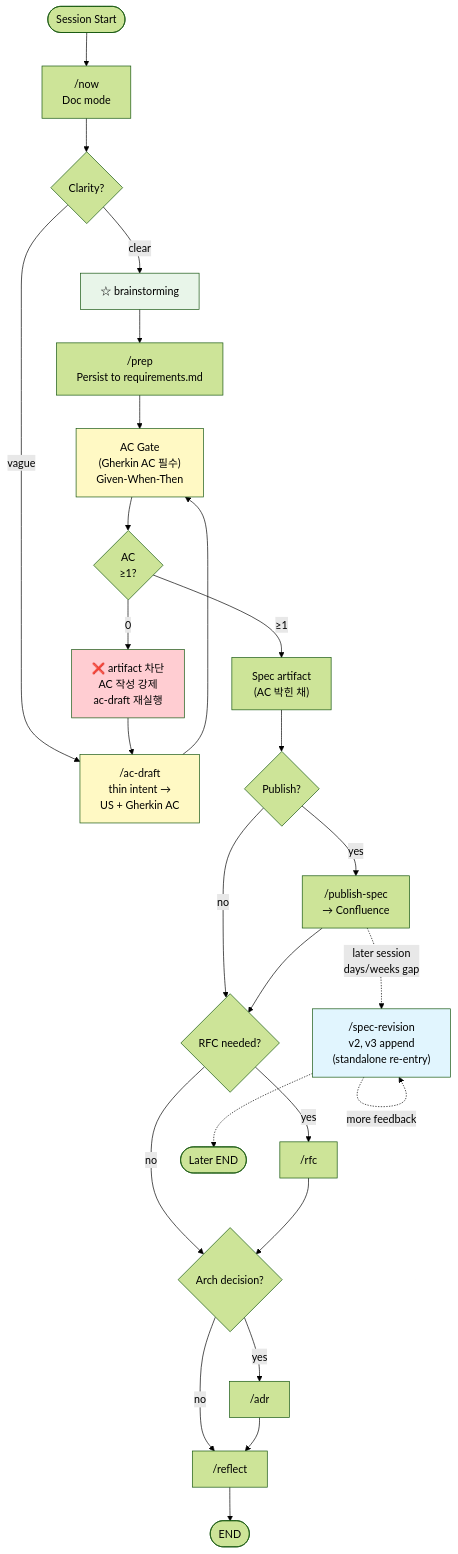
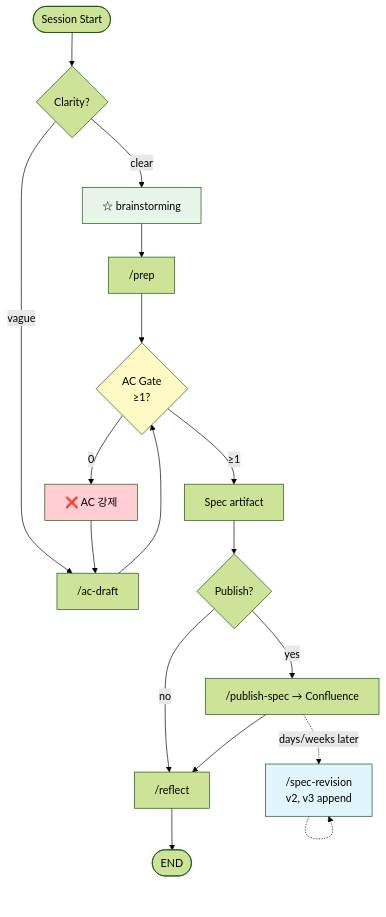
The second of 2 diagrams in README.md (narashin/nara-kit), drawn with Mermaid (forest theme) before and after one commit. The commit also changed other lines of this file, not shown here.

Commit message:
docs(readme): converge to 304 lines, fix skill count, reflect 6-step spine

````diff
--- a/README.md
+++ b/README.md
@@ -308,35 +174,24 @@
 ```mermaid
 flowchart TD
-    START([Session Start]) --> NOW["/now<br>Doc mode"]
-    NOW --> CLARITY{Clarity?}
+    START([Session Start]) --> CLARITY{Clarity?}
     CLARITY -->|clear| BRAIN["☆ brainstorming"]
-    CLARITY -->|vague| AC_DRAFT["/ac-draft<br>thin intent →<br>US + Gherkin AC"]
-    BRAIN --> PREP1["/prep<br>Persist to requirements.md"]
-    AC_DRAFT --> AC_GATE["AC Gate<br>(Gherkin AC 필수)<br>Given-When-Then"]
-    PREP1 --> AC_GATE
-    AC_GATE --> AC_OK{AC<br>≥1?}
-    AC_OK -->|"0"| AC_BLOCK["❌ artifact 차단<br>AC 작성 강제<br>ac-draft 재실행"]
-    AC_BLOCK --> AC_DRAFT
-    AC_OK -->|"≥1"| SPEC["Spec artifact<br>(AC 박힌 채)"]
+    CLARITY -->|vague| AC["/ac-draft"]
+    BRAIN --> PREP["/prep"]
+    AC --> ACGATE
+    PREP --> ACGATE{AC Gate<br>≥1?}
+    ACGATE -->|0| ACBLOCK["❌ AC 강제"]
+    ACBLOCK --> AC
+    ACGATE -->|≥1| SPEC["Spec artifact"]
     SPEC --> PUB{Publish?}
-    PUB -->|yes| PUBLISH["/publish-spec<br>→ Confluence"]
-    PUB -->|no| RFC_Q{RFC needed?}
-    PUBLISH --> RFC_Q
-    RFC_Q -->|yes| RFC["/rfc"]
-    RFC_Q -->|no| ADR_Q{Arch decision?}
-    RFC --> ADR_Q
-    ADR_Q -->|yes| ADR["/adr"]
-    ADR_Q -->|no| REFLECT["/reflect"]
-    ADR --> REFLECT
+    PUB -->|yes| PUBLISH["/publish-spec → Confluence"]
+    PUB -->|no| REFLECT
+    PUBLISH --> REFLECT["/reflect"]
     REFLECT --> END([END])
-
-    PUBLISH -.->|later session<br>days/weeks gap| REV["/spec-revision<br>v2, v3 append<br>(standalone re-entry)"]
-    REV -.->|more feedback| REV
-    REV -.-> ENDLATER([Later END])
+    PUBLISH -.->|days/weeks later| REV["/spec-revision<br>v2, v3 append"]
+    REV -.-> REV
 
     style BRAIN fill:#e8f5e9
-    style AC_DRAFT fill:#fff9c4
-    style AC_GATE fill:#fff9c4
-    style AC_BLOCK fill:#ffcdd2
+    style ACGATE fill:#fff9c4
+    style ACBLOCK fill:#ffcdd2
     style REV fill:#e1f5fe
 ```
````
